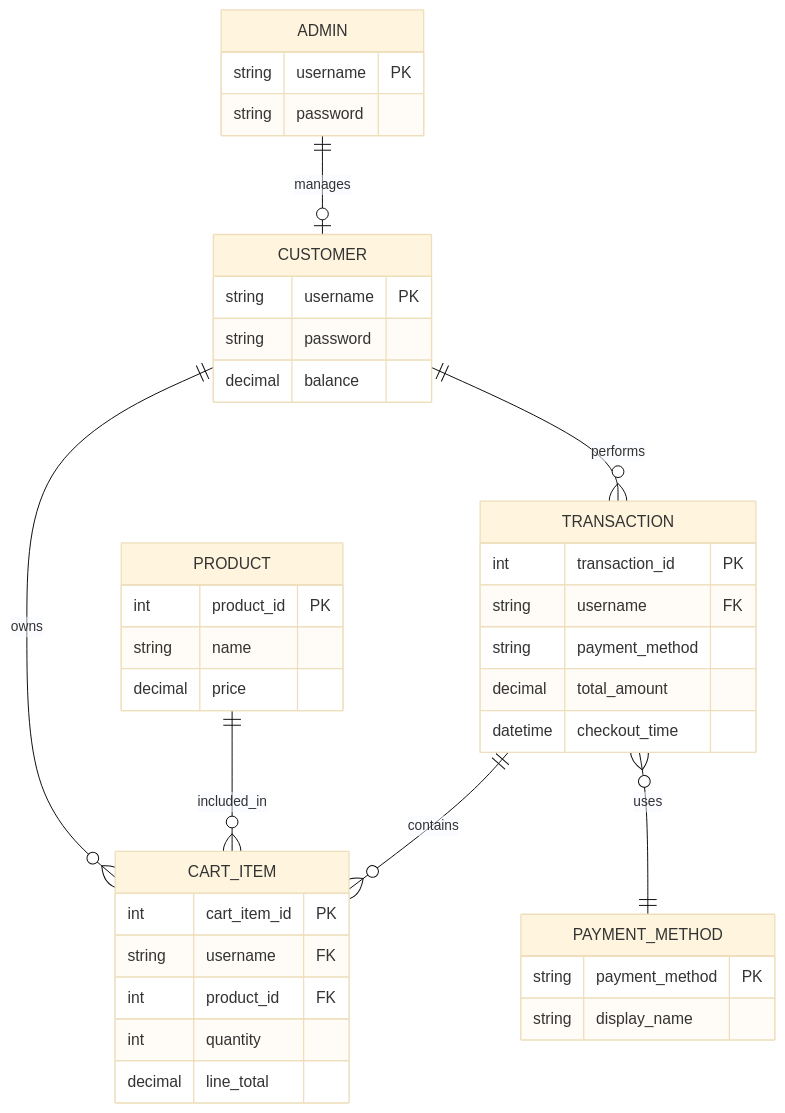
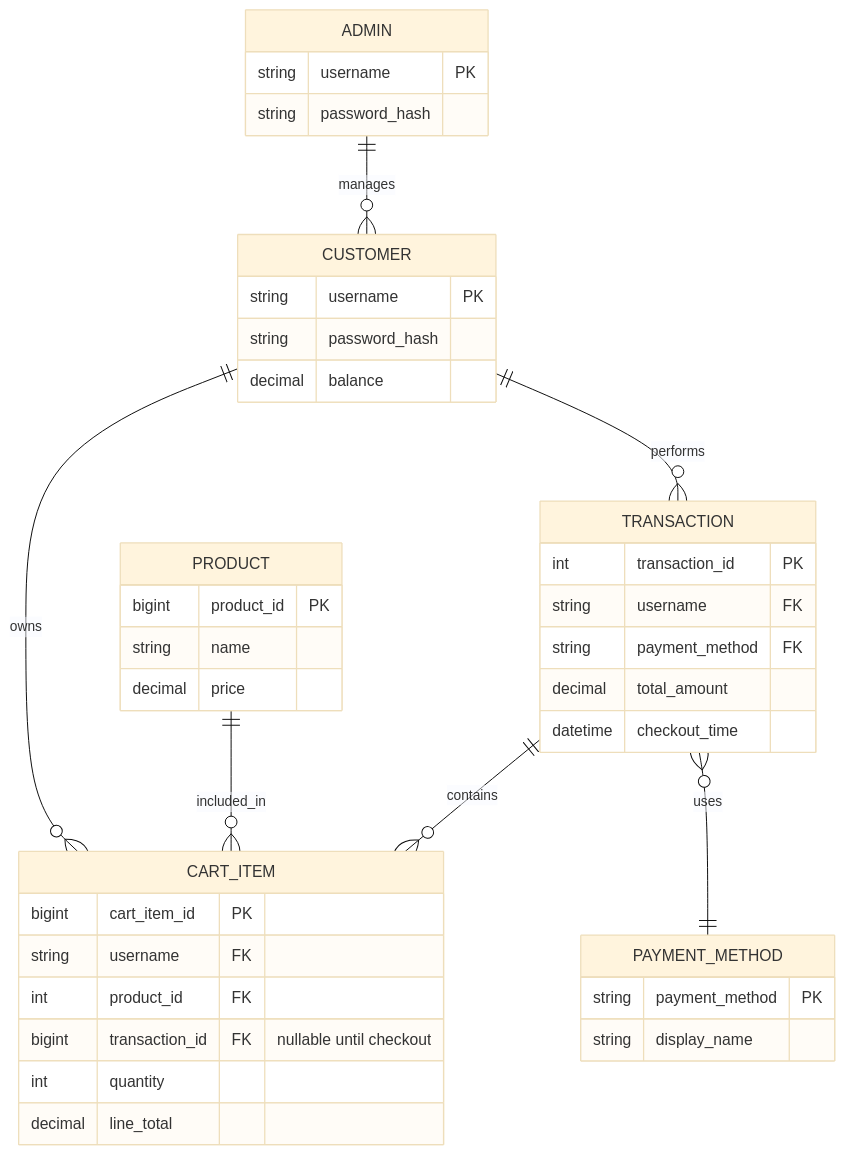
The diagram in ERD.md (gladgarcia02-debug/comprehensive-java-minimarket-console-app-main), drawn with Mermaid (base theme) before and after one commit. The commit also changed other lines of this file and 20 other files, not shown here.

````diff
--- a/ERD.md
+++ b/ERD.md
@@ -5,47 +5,48 @@
 ```mermaid
 erDiagram
     CUSTOMER ||--o{ CART_ITEM : owns
     CUSTOMER ||--o{ TRANSACTION : performs
     PRODUCT ||--o{ CART_ITEM : included_in
     TRANSACTION ||--o{ CART_ITEM : contains
     TRANSACTION }o--|| PAYMENT_METHOD : uses
-    ADMIN ||--o| CUSTOMER : manages
+    ADMIN ||--o{ CUSTOMER : manages
 
     CUSTOMER {
         string username PK
-        string password
+        string password_hash
         decimal balance
     }
 
     PRODUCT {
-        int product_id PK
+        bigint product_id PK
         string name
         decimal price
     }
 
     CART_ITEM {
-        int cart_item_id PK
+        bigint cart_item_id PK
         string username FK
         int product_id FK
+        bigint transaction_id FK "nullable until checkout"
         int quantity
         decimal line_total
     }
 
     TRANSACTION {
         int transaction_id PK
         string username FK
-        string payment_method
+        string payment_method FK
         decimal total_amount
         datetime checkout_time
     }
 
     PAYMENT_METHOD {
         string payment_method PK
         string display_name
     }
 
     ADMIN {
         string username PK
-        string password
+        string password_hash
     }
 ```
````
